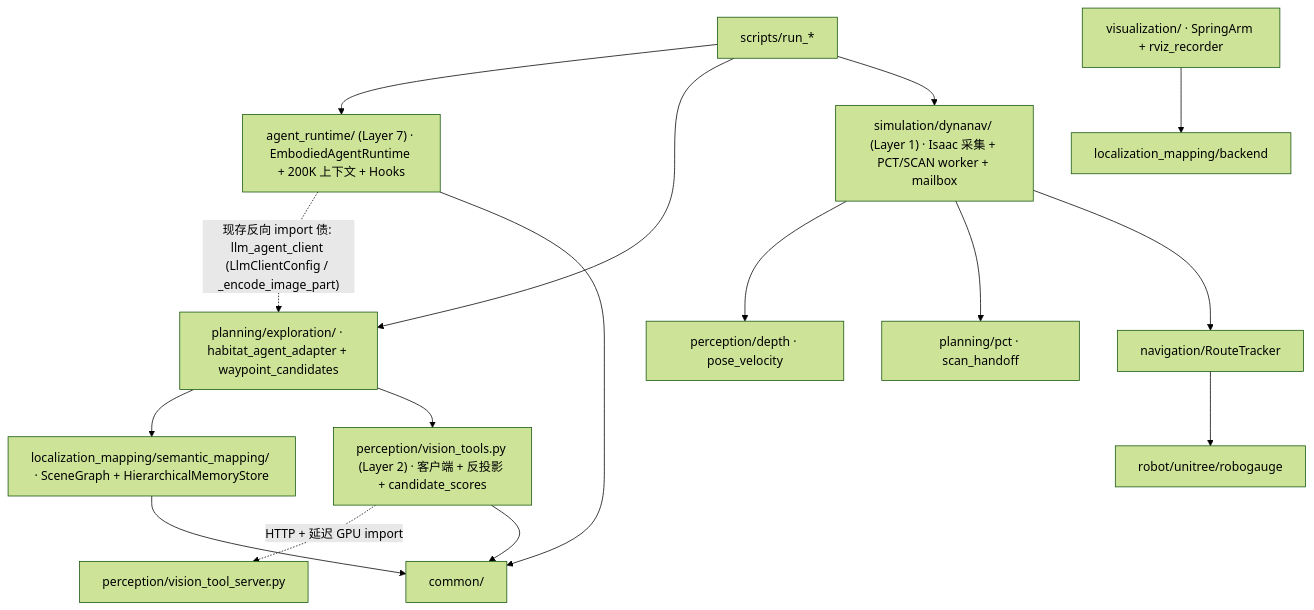
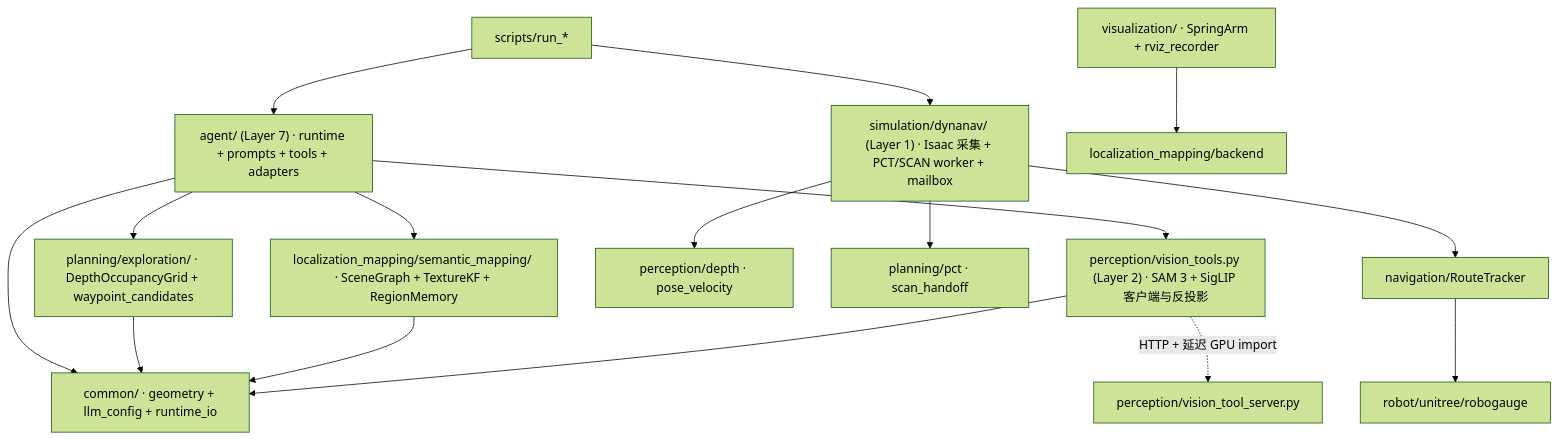
Before and after one commit to hk865/embodied-navigation: the diagram in src/embodied_navigation/README.md, drawn with Mermaid (forest theme). The commit also changed other lines of this file and 26 other files, not shown here.

Commit message:
refactor(agent): establish top-level agent/ layer with unidirectional dependency guard

````diff
--- a/src/embodied_navigation/README.md
+++ b/src/embodied_navigation/README.md
@@ -17,18 +17,18 @@
 ```mermaid
 flowchart TD
-  CLI["scripts/run_*"] --> RT["agent_runtime/ (Layer 7) · EmbodiedAgentRuntime + 200K 上下文 + Hooks"]
-  CLI --> EXP["planning/exploration/ · habitat_agent_adapter + waypoint_candidates"]
+  CLI["scripts/run_*"] --> AG["agent/ (Layer 7) · runtime + prompts + tools + adapters"]
   CLI --> SIM["simulation/dynanav/ (Layer 1) · Isaac 采集 + PCT/SCAN worker + mailbox"]
-  RT -. "现存反向 import 债: llm_agent_client (LlmClientConfig / _encode_image_part)" .-> EXP
-  EXP --> MEM["localization_mapping/semantic_mapping/ · SceneGraph + HierarchicalMemoryStore"]
-  EXP --> VT["perception/vision_tools.py (Layer 2) · 客户端 + 反投影 + candidate_scores"]
+  AG --> EXP["planning/exploration/ · DepthOccupancyGrid + waypoint_candidates"]
+  AG --> MEM["localization_mapping/semantic_mapping/ · SceneGraph + TextureKF + RegionMemory"]
+  AG --> VT["perception/vision_tools.py (Layer 2) · SAM 3 + SigLIP 客户端与反投影"]
   VT -. "HTTP + 延迟 GPU import" .-> VSRV["perception/vision_tool_server.py"]
   SIM --> PER["perception/depth · pose_velocity"]
   SIM --> PCT["planning/pct · scan_handoff"]
   SIM --> NAV["navigation/RouteTracker"]
   NAV --> ROB["robot/unitree/robogauge"]
   VIZ["visualization/ · SpringArm + rviz_recorder"] --> BE["localization_mapping/backend"]
-  RT --> COM["common/"]
+  AG --> COM["common/ · geometry + llm_config + runtime_io"]
+  EXP --> COM
   MEM --> COM
   VT --> COM
 ```
````
